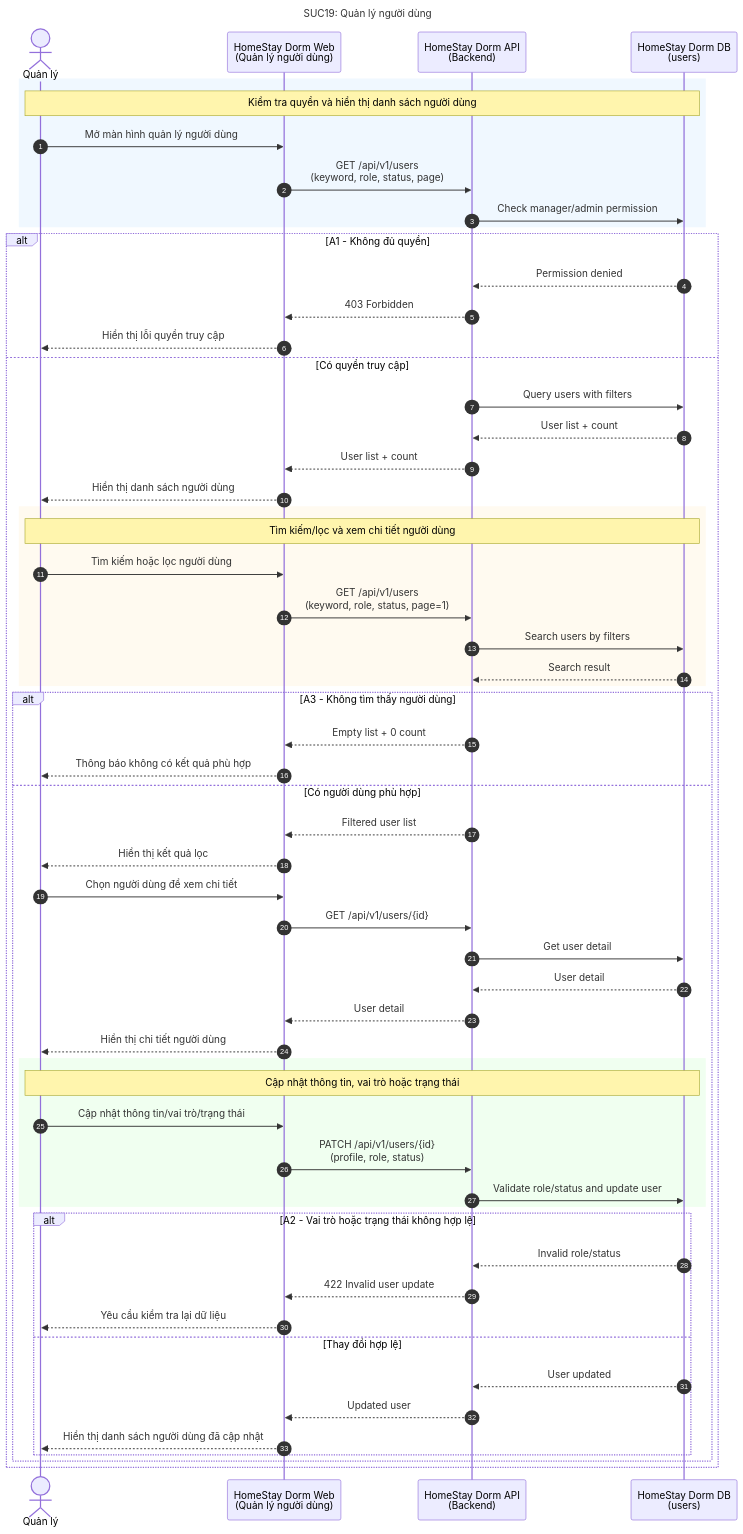
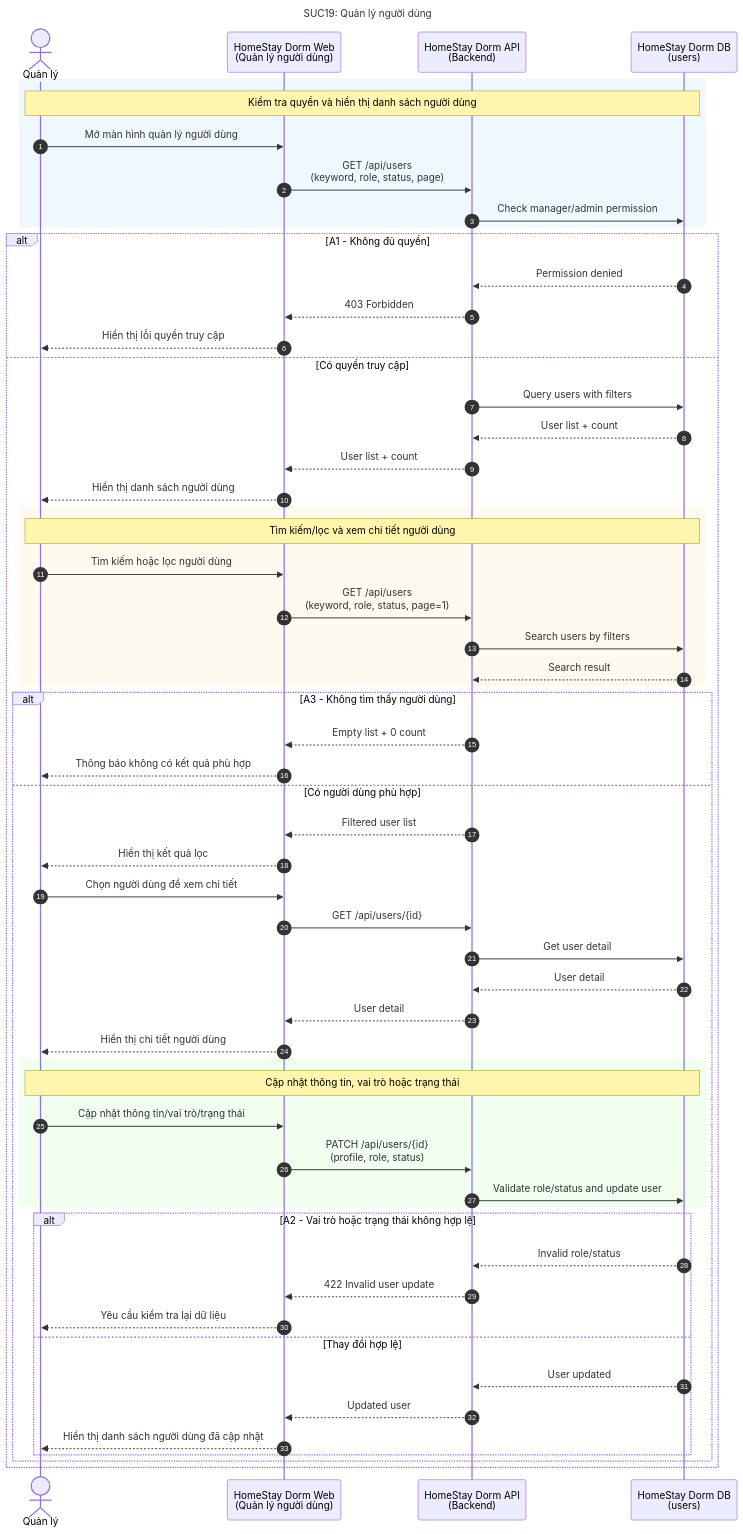
The diagram in docs/SUC/SUC19-quan-ly-nguoi-dung.mmd (dinhdaivu/CSC12004_Information-Systems-Analysis-and-Design), drawn with Mermaid before and after one commit. The commit also changed 47 other files, not shown here.

```diff
--- a/docs/SUC/SUC19-quan-ly-nguoi-dung.mmd
+++ b/docs/SUC/SUC19-quan-ly-nguoi-dung.mmd
@@ -1,64 +1,64 @@
 sequenceDiagram
     title SUC19: Quản lý người dùng
     autonumber
     actor M as Quản lý
     participant Web as HomeStay Dorm Web<br/>(Quản lý người dùng)
     participant API as HomeStay Dorm API<br/>(Backend)
     participant DB as HomeStay Dorm DB<br/>(users)
 
     rect rgb(240, 248, 255)
         Note over M, DB: Kiểm tra quyền và hiển thị danh sách người dùng
         M->>Web: Mở màn hình quản lý người dùng
-        Web->>API: GET /api/v1/users<br/>(keyword, role, status, page)
+        Web->>API: GET /api/users<br/>(keyword, role, status, page)
         API->>DB: Check manager/admin permission
     end
 
     alt A1 - Không đủ quyền
         DB-->>API: Permission denied
         API-->>Web: 403 Forbidden
         Web-->>M: Hiển thị lỗi quyền truy cập
     else Có quyền truy cập
         API->>DB: Query users with filters
         DB-->>API: User list + count
         API-->>Web: User list + count
         Web-->>M: Hiển thị danh sách người dùng
 
         rect rgb(255, 250, 240)
             Note over M, DB: Tìm kiếm/lọc và xem chi tiết người dùng
             M->>Web: Tìm kiếm hoặc lọc người dùng
-            Web->>API: GET /api/v1/users<br/>(keyword, role, status, page=1)
+            Web->>API: GET /api/users<br/>(keyword, role, status, page=1)
             API->>DB: Search users by filters
             DB-->>API: Search result
         end
 
         alt A3 - Không tìm thấy người dùng
             API-->>Web: Empty list + 0 count
             Web-->>M: Thông báo không có kết quả phù hợp
         else Có người dùng phù hợp
             API-->>Web: Filtered user list
             Web-->>M: Hiển thị kết quả lọc
             M->>Web: Chọn người dùng để xem chi tiết
-            Web->>API: GET /api/v1/users/{id}
+            Web->>API: GET /api/users/{id}
             API->>DB: Get user detail
             DB-->>API: User detail
             API-->>Web: User detail
             Web-->>M: Hiển thị chi tiết người dùng
 
             rect rgb(240, 255, 240)
                 Note over M, DB: Cập nhật thông tin, vai trò hoặc trạng thái
                 M->>Web: Cập nhật thông tin/vai trò/trạng thái
-                Web->>API: PATCH /api/v1/users/{id}<br/>(profile, role, status)
+                Web->>API: PATCH /api/users/{id}<br/>(profile, role, status)
                 API->>DB: Validate role/status and update user
             end
 
             alt A2 - Vai trò hoặc trạng thái không hợp lệ
                 DB-->>API: Invalid role/status
                 API-->>Web: 422 Invalid user update
                 Web-->>M: Yêu cầu kiểm tra lại dữ liệu
             else Thay đổi hợp lệ
                 DB-->>API: User updated
                 API-->>Web: Updated user
                 Web-->>M: Hiển thị danh sách người dùng đã cập nhật
             end
         end
     end
```
